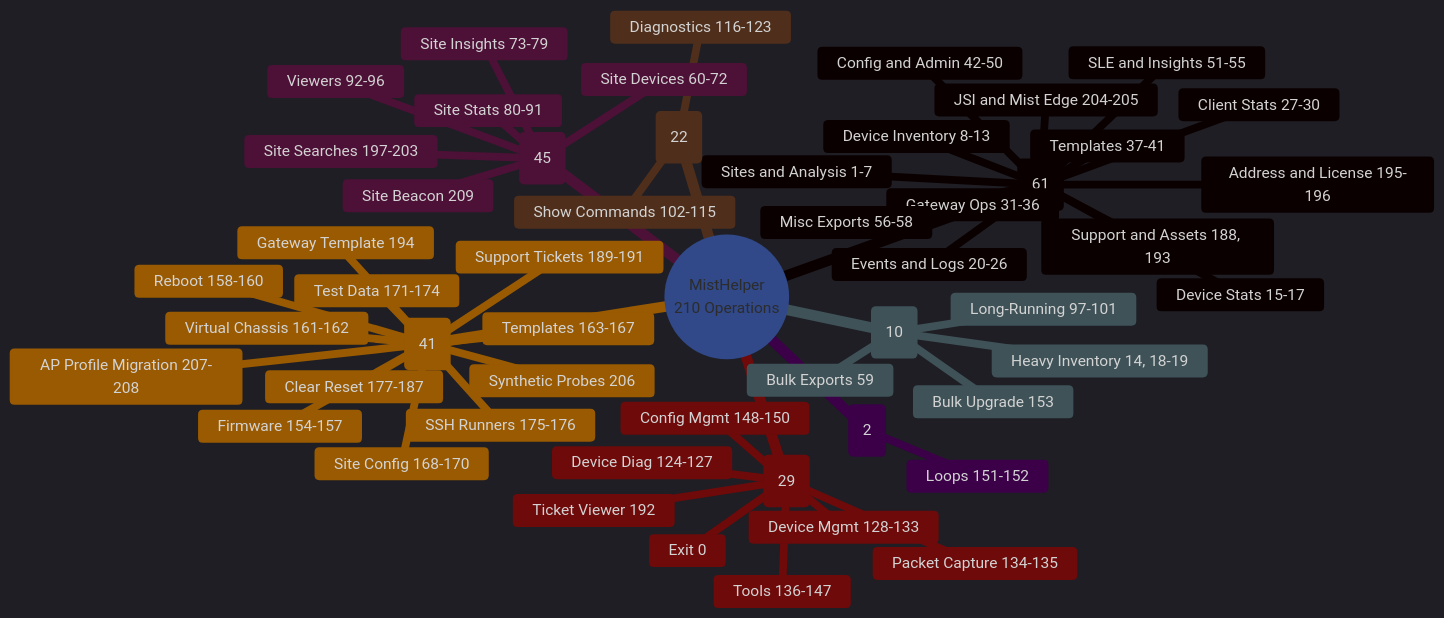
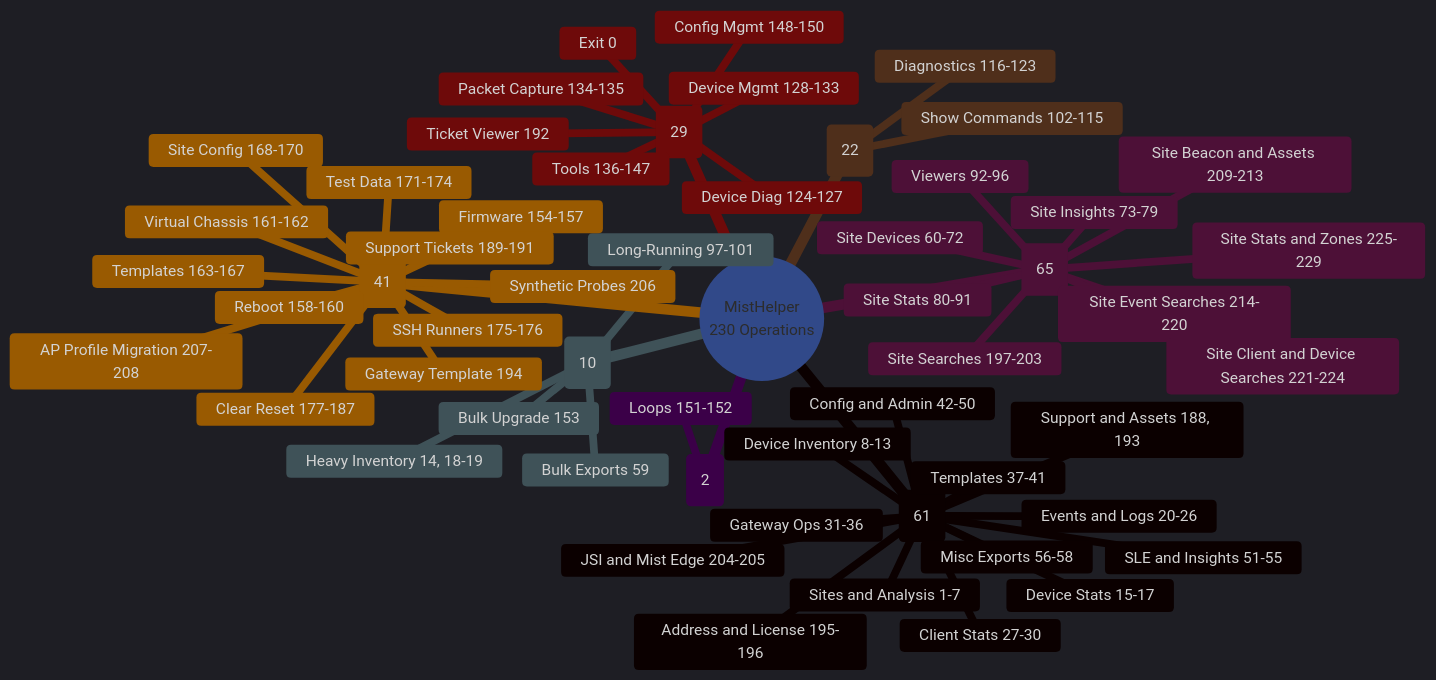
Before and after one commit to jmorrison-juniper/MistHelper: the second of 2 diagrams in README.md, drawn with Mermaid. The commit also changed 5 other files, not shown here.

First line of the commit message:
fix(docs): correct the mermaid diagrams and the counts they show

````diff
--- a/README.md
+++ b/README.md
@@ -114,66 +114,69 @@
 ```mermaid
 %%{init: {'theme': 'dark', 'themeVariables': {
   'primaryColor': '#E20074',
   'primaryTextColor': '#E0E0E0',
   'primaryBorderColor': '#99004D',
   'lineColor': '#FF4DA6',
   'secondaryColor': '#16213E',
   'tertiaryColor': '#1A1A2E',
   'fontFamily': 'ui-monospace, monospace'
 }}}%%
 mindmap
-   root((MistHelper<br/>210 Operations))
+   root((MistHelper<br/>230 Operations))
     Safe Org Exports (61)
       Sites and Analysis 1-7
       Device Inventory 8-13
       Device Stats 15-17
       Events and Logs 20-26
       Client Stats 27-30
       Gateway Ops 31-36
       Templates 37-41
       Config and Admin 42-50
       SLE and Insights 51-55
       Misc Exports 56-58
       Support and Assets 188, 193
       Address and License 195-196
       JSI and Mist Edge 204-205
-    Interactive Safe (45)
+    Interactive Safe (65)
       Site Devices 60-72
       Site Insights 73-79
       Site Stats 80-91
       Viewers 92-96
       Site Searches 197-203
-      Site Beacon 209
+      Site Beacon and Assets 209-213
+      Site Event Searches 214-220
+      Site Client and Device Searches 221-224
+      Site Stats and Zones 225-229
     Resource Intensive (10)
       Heavy Inventory 14, 18-19
       Bulk Exports 59
       Long-Running 97-101
       Bulk Upgrade 153
     WebSocket (22)
       Show Commands 102-115
       Diagnostics 116-123
     Interactive (29)
       Exit 0
       Device Diag 124-127
       Device Mgmt 128-133
       Packet Capture 134-135
       Tools 136-147
       Config Mgmt 148-150
       Ticket Viewer 192
     Continuous (2)
       Loops 151-152
     Destructive (41)
       ::icon(fa fa-warning)
       Firmware 154-157
       Reboot 158-160
       Virtual Chassis 161-162
       Templates 163-167
       Site Config 168-170
       Test Data 171-174
       SSH Runners 175-176
       Clear Reset 177-187
       Support Tickets 189-191
       Gateway Template 194
       Synthetic Probes 206
       AP Profile Migration 207-208
 ```
````
